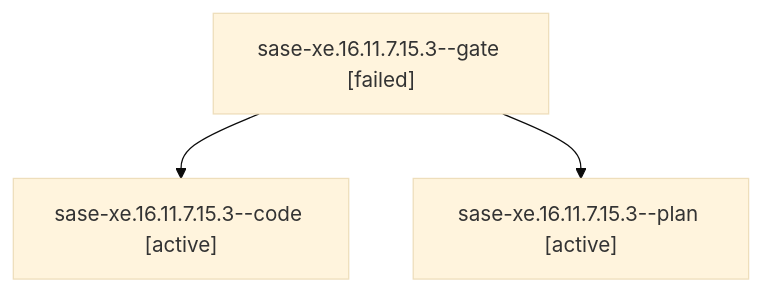
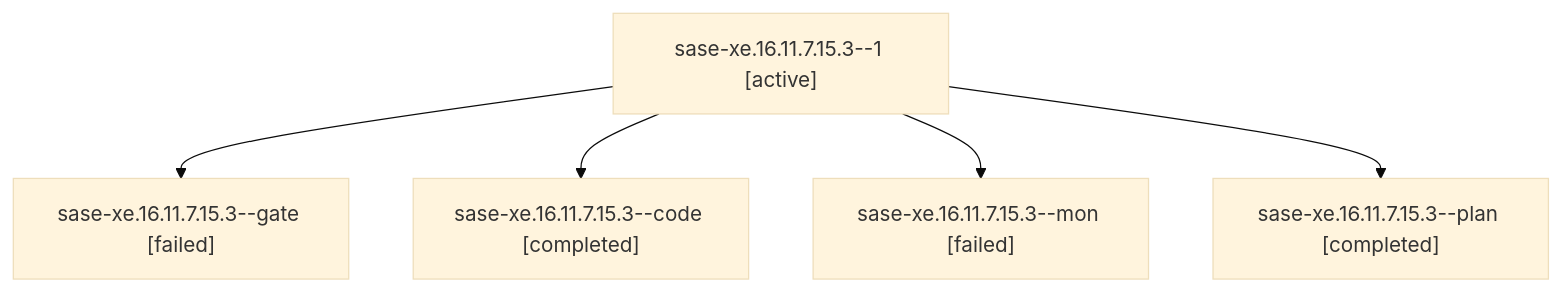
Before and after one commit to sase-org/sase--agents: the diagram in families/bbugyi200.apollo.sase-xe.16.11.7.15.3.md, drawn with Mermaid (base theme). The commit also changed other lines of this file and 35 other files, not shown here.

````diff
--- a/families/bbugyi200.apollo.sase-xe.16.11.7.15.3.md
+++ b/families/bbugyi200.apollo.sase-xe.16.11.7.15.3.md
@@ -9,8 +9,12 @@
 ```mermaid
 flowchart TD
-  n0["sase-xe.16.11.7.15.3--gate [failed]"]
-  n1["sase-xe.16.11.7.15.3--code [active]"]
+  n0["sase-xe.16.11.7.15.3--1 [active]"]
+  n1["sase-xe.16.11.7.15.3--gate [failed]"]
   n0 --> n1
-  n2["sase-xe.16.11.7.15.3--plan [active]"]
+  n2["sase-xe.16.11.7.15.3--code [completed]"]
   n0 --> n2
+  n3["sase-xe.16.11.7.15.3--mon [failed]"]
+  n0 --> n3
+  n4["sase-xe.16.11.7.15.3--plan [completed]"]
+  n0 --> n4
 ```
````
